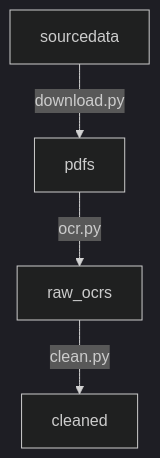
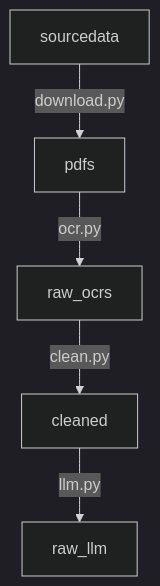
Before and after one commit to jonathangjertsen/fugleatlas: the diagram in README.md, drawn with Mermaid (dark theme). The commit also changed other lines of this file and 2 other files, not shown here.

Commit message:
Add extraction via LLM

````diff
--- a/README.md
+++ b/README.md
@@ -9,6 +10,7 @@
 ```mermaid
 flowchart TD
     sourcedata -->|download.py| pdfs
     pdfs -->|ocr.py| raw_ocrs
     raw_ocrs -->|clean.py| cleaned
+    cleaned -->|llm.py| raw_llm
 ```
````
